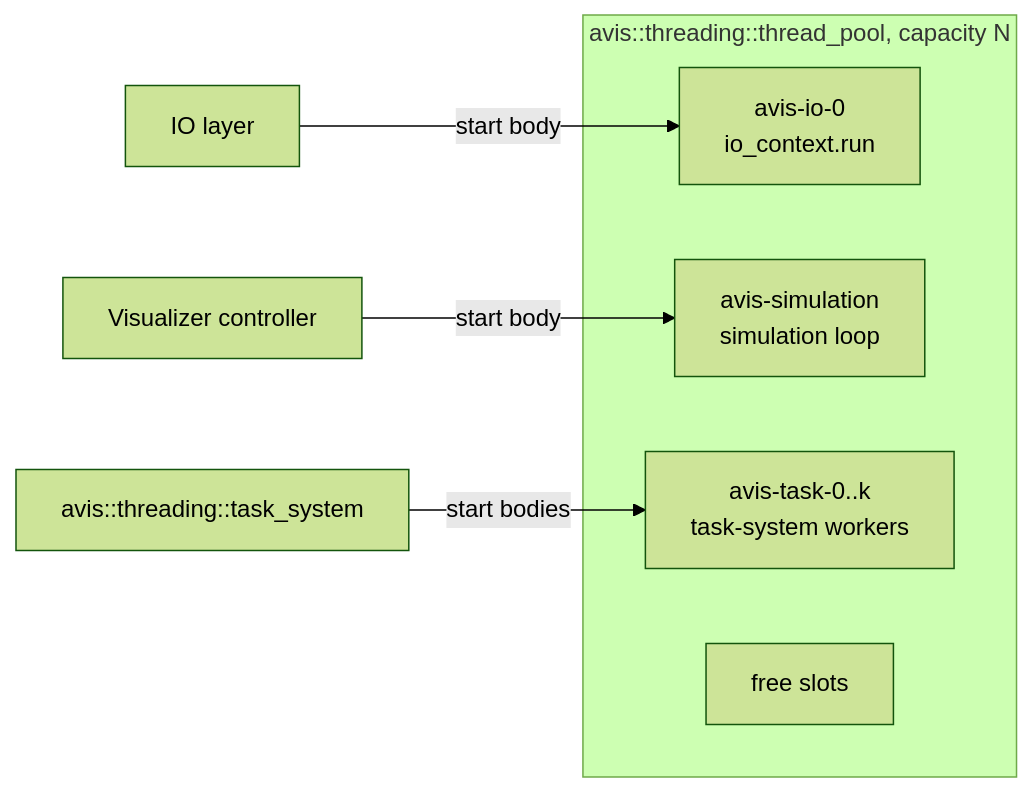
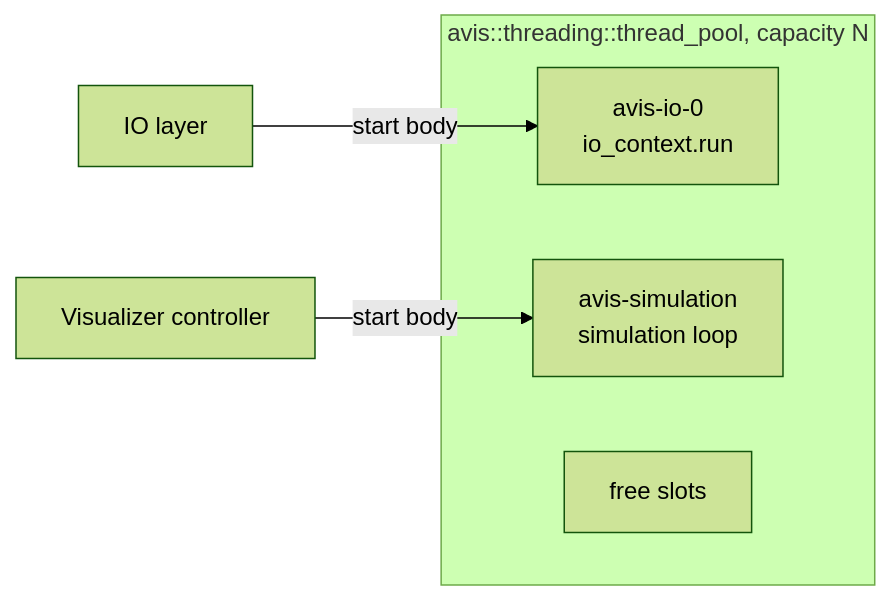
One commit to KevindeQ/avis changed the first of 2 diagrams in docs/design/06-thread-pool.md. Above: the diagram before and after it, drawn with Mermaid (forest theme). The commit also changed other lines of this file and 19 other files, not shown here.

First line of the commit message:
Add avis::threading thread pool

````diff
--- a/docs/design/06-thread-pool.md
+++ b/docs/design/06-thread-pool.md
@@ -37,12 +37,10 @@
 ```mermaid
 flowchart LR
     subgraph pool[avis::threading::thread_pool, capacity N]
         s0[avis-io-0<br/>io_context.run]
         s1[avis-simulation<br/>simulation loop]
-        s3[avis-task-0..k<br/>task-system workers]
         sx[free slots]
     end
     io[IO layer] -- start body --> s0
     vis[Visualizer controller] -- start body --> s1
-    ts["avis::threading::task_system"] -- start bodies --> s3
 ```
````
